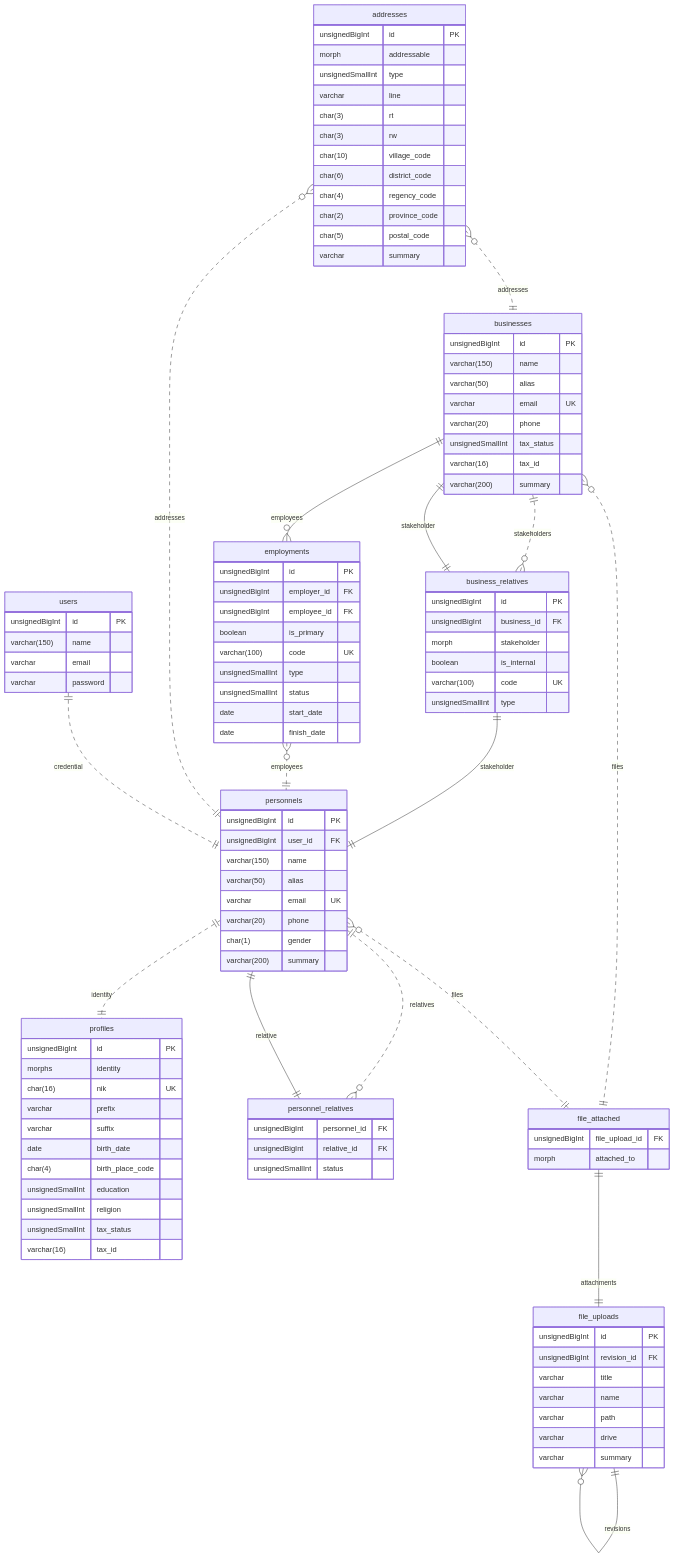
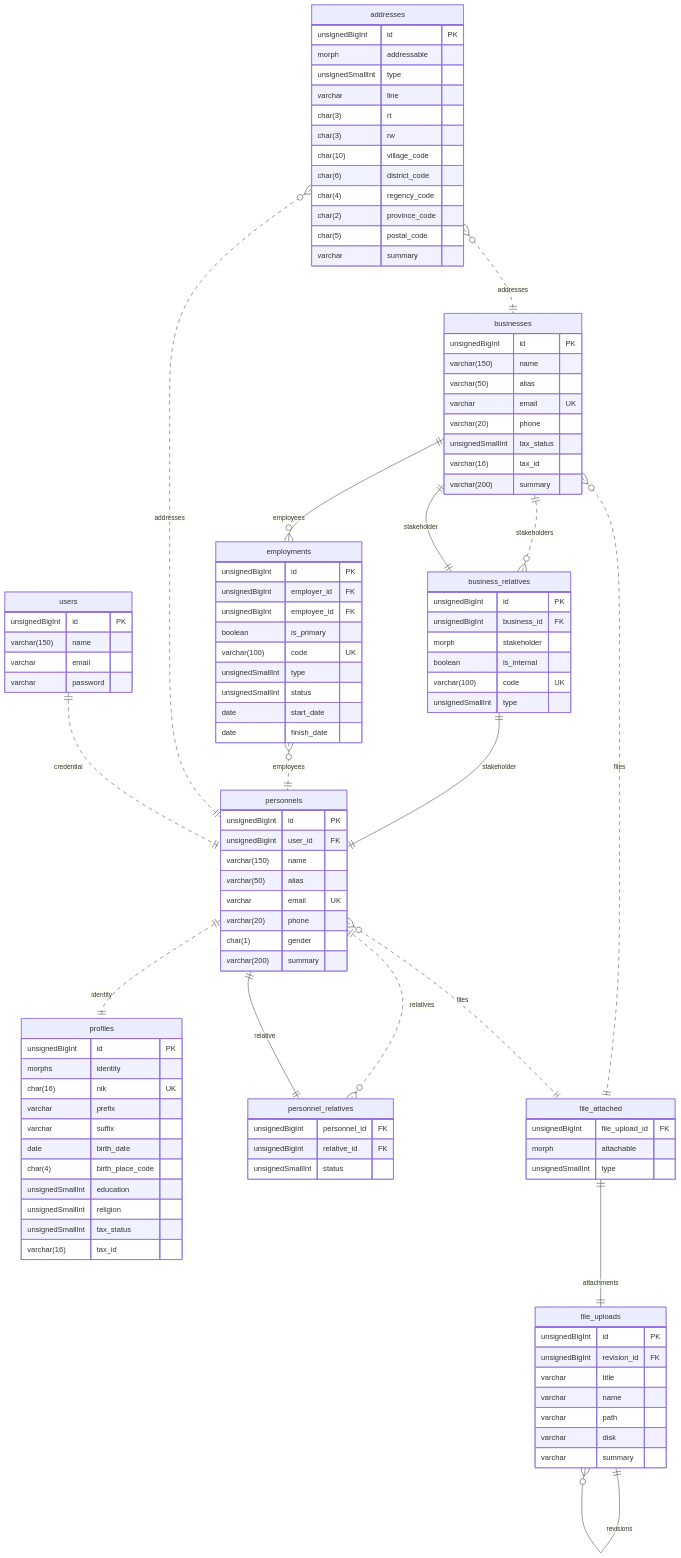
The first of 7 diagrams in database/README.md (creasico/laravel-base), drawn with Mermaid before and after one commit. The commit also changed other lines of this file, not shown here.

````diff
--- a/database/README.md
+++ b/database/README.md
@@ -105,7 +105,7 @@
         varchar title
         varchar name
         varchar path
-        varchar drive
+        varchar disk
         varchar summary
     }
     businesses }o..|| file_attached : files
@@ -113,6 +113,7 @@
     file_attached ||--|| file_uploads : attachments
     file_attached {
         unsignedBigInt file_upload_id FK
-        morph attached_to
+        morph attachable
+        unsignedSmallInt type
     }
 ```
````
